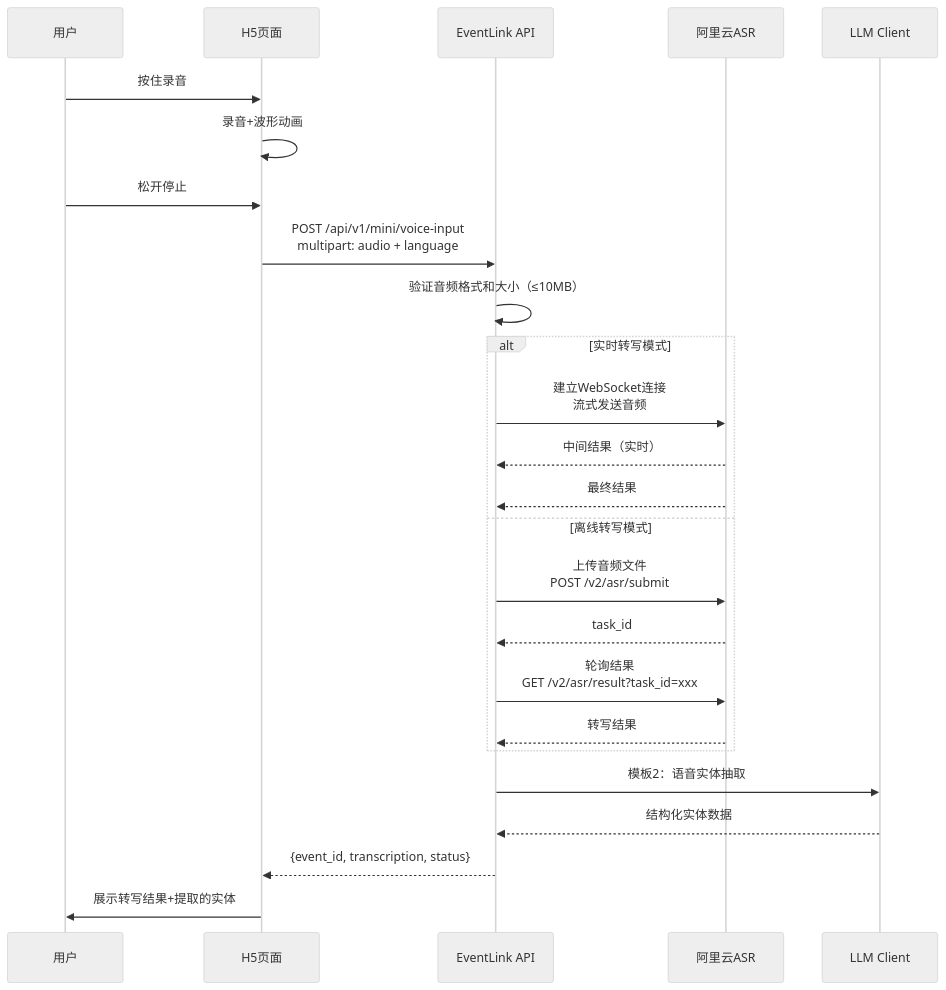
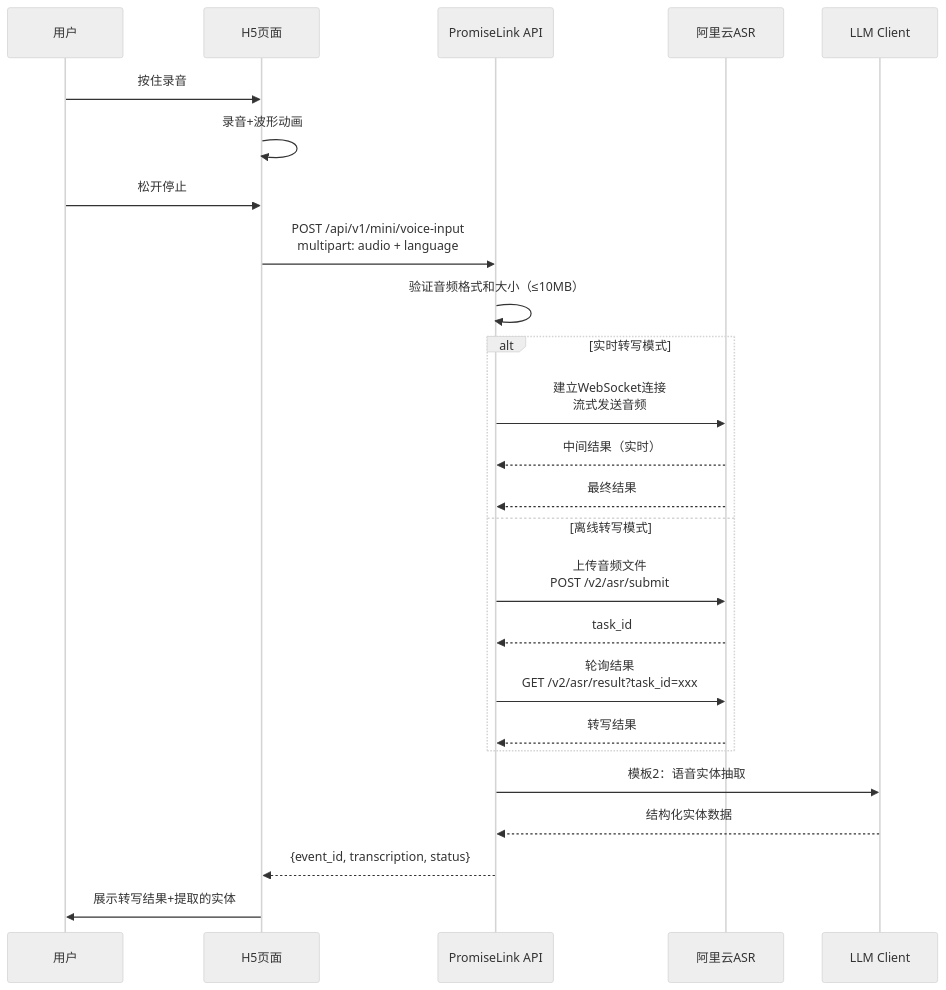
One commit to lulin70/PromiseLink changed the fourth of 7 diagrams in docs/design/Integration_Design_v1.md. Above: the diagram before and after it, drawn with Mermaid (neutral theme). The commit also changed other lines of this file and 427 other files, not shown here.

First line of the commit message:
refactor: rename EventLink → PromiseLink

````diff
--- a/docs/design/Integration_Design_v1.md
+++ b/docs/design/Integration_Design_v1.md
@@ -1796,32 +1796,32 @@
 ```mermaid
 sequenceDiagram
     participant User as 用户
     participant H5 as H5页面
-    participant API as EventLink API
+    participant API as PromiseLink API
     participant ASR as 阿里云ASR
     participant LLM as LLM Client
 
     User->>H5: 按住录音
     H5->>H5: 录音+波形动画
     User->>H5: 松开停止
 
     H5->>API: POST /api/v1/mini/voice-input<br/>multipart: audio + language
     API->>API: 验证音频格式和大小（≤10MB）
 
     alt 实时转写模式
         API->>ASR: 建立WebSocket连接<br/>流式发送音频
         ASR-->>API: 中间结果（实时）
         ASR-->>API: 最终结果
     else 离线转写模式
         API->>ASR: 上传音频文件<br/>POST /v2/asr/submit
         ASR-->>API: task_id
         API->>ASR: 轮询结果<br/>GET /v2/asr/result?task_id=xxx
         ASR-->>API: 转写结果
     end
 
     API->>LLM: 模板2：语音实体抽取
     LLM-->>API: 结构化实体数据
 
     API-->>H5: {event_id, transcription, status}
     H5->>User: 展示转写结果+提取的实体
 ```
````
